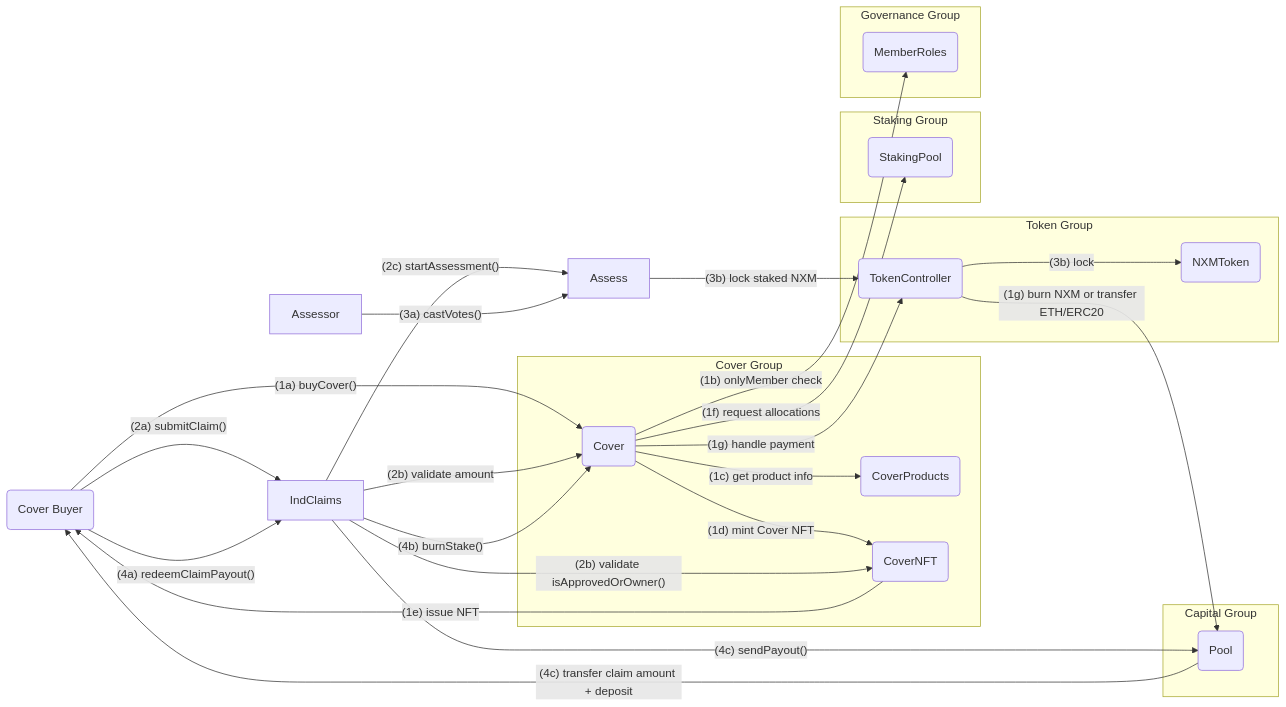
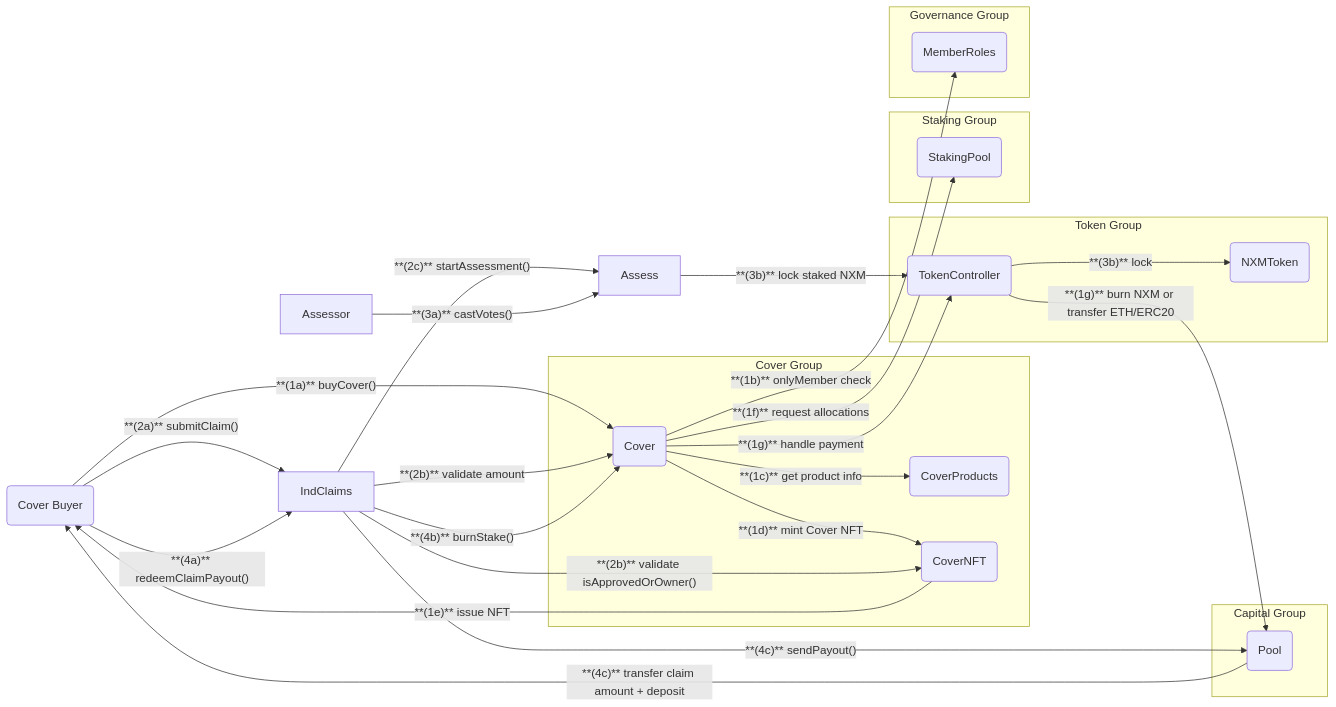
One commit to NexusMutual/smart-contracts changed the first of 2 diagrams in docs/diagrams/nexus-mutual.md. Above: the diagram before and after it, drawn with Mermaid. The commit also changed other lines of this file and 9 other files, not shown here.

Commit message:
docs: update diagrams docs

````diff
--- a/docs/diagrams/nexus-mutual.md
+++ b/docs/diagrams/nexus-mutual.md
@@ -21,54 +21,54 @@
 ```mermaid
 flowchart LR
     %% Actors & Contracts
     Buyer("Cover Buyer")
     subgraph "Cover Group"
       CoverC("Cover")
       CoverP("CoverProducts")
       CoverN("CoverNFT")
     end
 
     subgraph "Token Group"
       TC("TokenController")
       NXM("NXMToken")
     end
 
     subgraph "Capital Group"
       PoolC("Pool")
     end
 
     subgraph "Staking Group"
       SP("StakingPool")
     end
 
     subgraph "Governance Group"
       MR("MemberRoles")
     end
 
     %% 1. Buy Cover (single tx)
-    Buyer -->|"(1a) buyCover()"| CoverC
-    CoverC -->|"(1b) onlyMember check"| MR
-    CoverC -->|"(1c) get product info"| CoverP
-    CoverC -->|"(1d) mint Cover NFT"| CoverN
-    CoverN -->|"(1e) issue NFT"| Buyer
-    CoverC -->|"(1f) request allocations"| SP
-    CoverC -->|"(1g) handle payment"| TC
-    TC -->|"(1g) burn NXM or transfer ETH/ERC20"| PoolC
+    Buyer -->|"**(1a)** buyCover()"| CoverC
+    CoverC -->|"**(1b)** onlyMember check"| MR
+    CoverC -->|"**(1c)** get product info"| CoverP
+    CoverC -->|"**(1d)** mint Cover NFT"| CoverN
+    CoverN -->|"**(1e)** issue NFT"| Buyer
+    CoverC -->|"**(1f)** request allocations"| SP
+    CoverC -->|"**(1g)** handle payment"| TC
+    TC -->|"**(1g)** burn NXM or transfer ETH/ERC20"| PoolC
 
     %% 2. Submit Claim (single tx)
-    Buyer -->|"(2a) submitClaim()"| IndClaims
-    IndClaims -->|"(2b) validate isApprovedOrOwner()"| CoverN
-    IndClaims -->|"(2b) validate amount"| CoverC
-    IndClaims -->|"(2c) startAssessment()"| Assess
+    Buyer -->|"**(2a)** submitClaim()"| IndClaims
+    IndClaims -->|"**(2b)** validate isApprovedOrOwner()"| CoverN
+    IndClaims -->|"**(2b)** validate amount"| CoverC
+    IndClaims -->|"**(2c)** startAssessment()"| Assess
 
     %% 3. Assessment Process (multiple tx)
-    Assessor -->|"(3a) castVotes()"| Assess
-    Assess -->|"(3b) lock staked NXM"| TC
-    TC -->|"(3b) lock"| NXM
+    Assessor -->|"**(3a)** castVotes()"| Assess
+    Assess -->|"**(3b)** lock staked NXM"| TC
+    TC -->|"**(3b)** lock"| NXM
 
     %% 4. Claim Payout (single tx)
-    Buyer -->|"(4a) redeemClaimPayout()"| IndClaims
-    IndClaims -->|"(4b) burnStake()"| CoverC
-    IndClaims -->|"(4c) sendPayout()"| PoolC
-    PoolC -->|"(4c) transfer claim amount + deposit"| Buyer
+    Buyer -->|"**(4a)** redeemClaimPayout()"| IndClaims
+    IndClaims -->|"**(4b)** burnStake()"| CoverC
+    IndClaims -->|"**(4c)** sendPayout()"| PoolC
+    PoolC -->|"**(4c)** transfer claim amount + deposit"| Buyer
 ```
````
